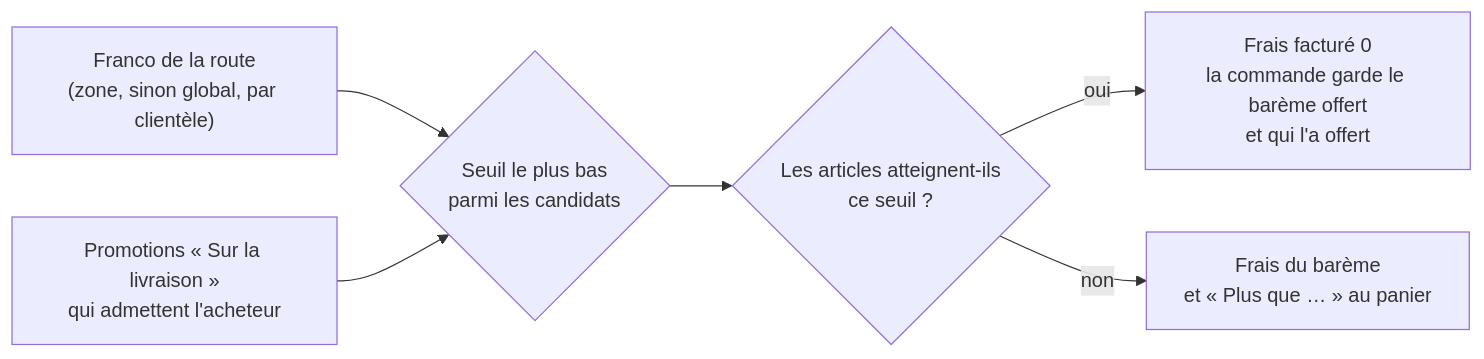
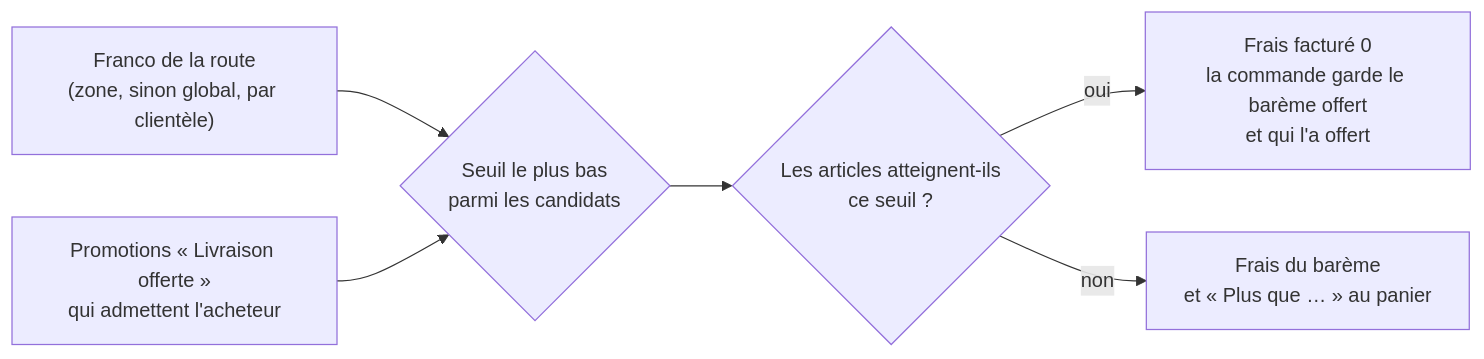
Before and after one commit to hugoheynard/lfd: the second of 2 diagrams in documentation/livraisons/frais-et-livraison-offerte.md, drawn with Mermaid. The commit also changed other lines of this file and 30 other files, not shown here.

First line of the commit message:
refactor(promotions): la promotion de livraison s'appelle « Livraison offerte »

````diff
--- a/documentation/livraisons/frais-et-livraison-offerte.md
+++ b/documentation/livraisons/frais-et-livraison-offerte.md
@@ -58,8 +58,8 @@
 ```mermaid
 flowchart LR
   R["Franco de la route<br/>(zone, sinon global, par clientèle)"] --> M{"Seuil le plus bas<br/>parmi les candidats"}
-  P["Promotions « Sur la livraison »<br/>qui admettent l'acheteur"] --> M
+  P["Promotions « Livraison offerte »<br/>qui admettent l'acheteur"] --> M
   M --> J{"Les articles atteignent-ils<br/>ce seuil ?"}
   J -->|oui| O["Frais facturé 0<br/>la commande garde le barème offert<br/>et qui l'a offert"]
   J -->|non| F["Frais du barème<br/>et « Plus que … » au panier"]
 ```
````
